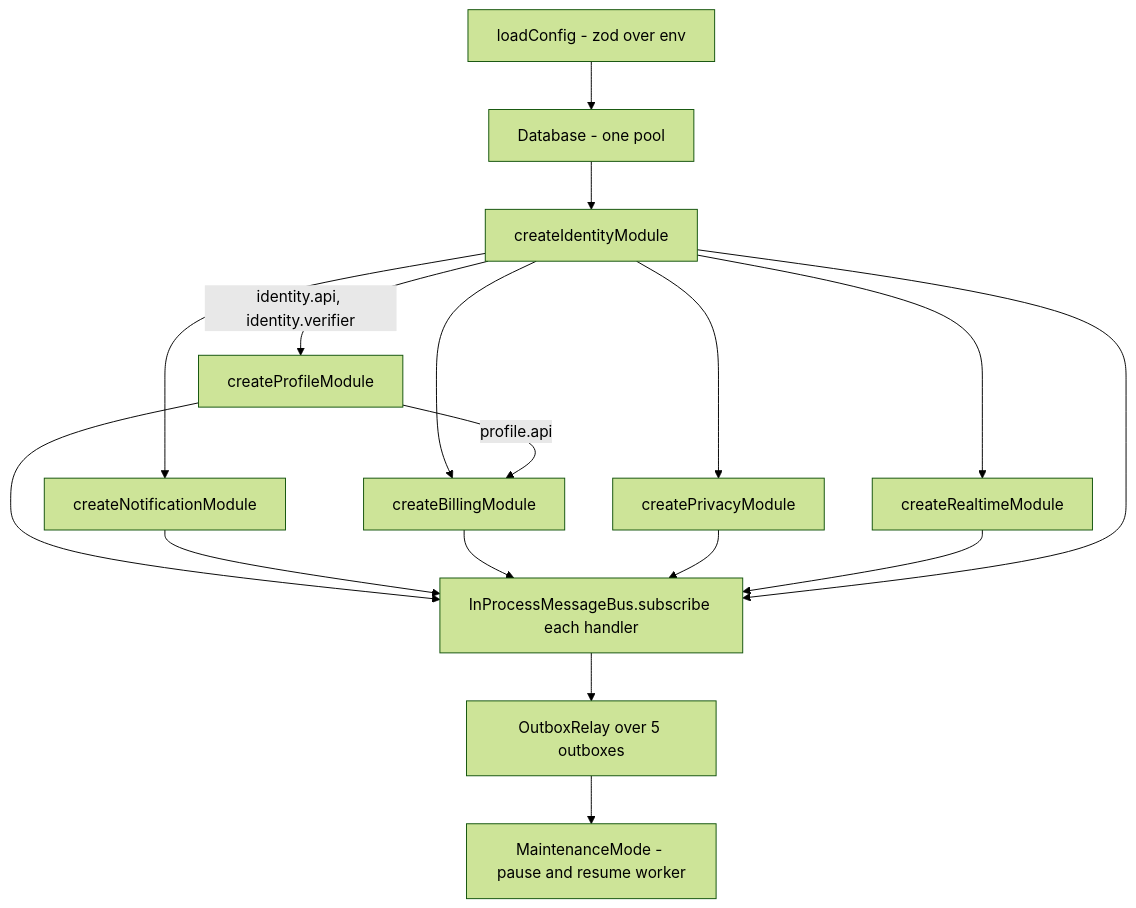
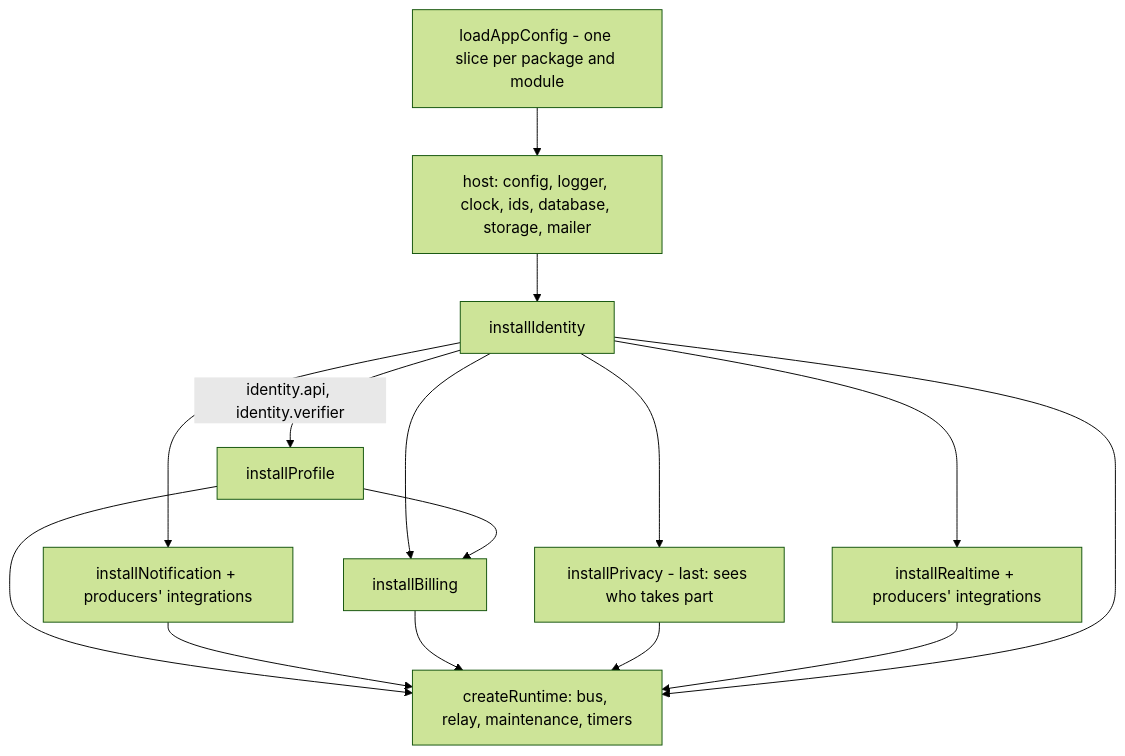
Before and after one commit to ninggiangboy/elysia-architecture: the third of 5 diagrams in docs/architecture/01-modules-and-boundaries.md, drawn with Mermaid (forest theme). The commit also changed other lines of this file and 72 other files, not shown here.

First line of the commit message:
docs: package READMEs with generated config tables, guides, ADRs, architecture pages follow the new layout

````diff
--- a/docs/architecture/01-modules-and-boundaries.md
+++ b/docs/architecture/01-modules-and-boundaries.md
@@ -55,14 +99,11 @@
 ```mermaid
 flowchart TD
-  cfg[loadConfig - zod over env] --> db[Database - one pool]
-  db --> identity[createIdentityModule]
-  identity -- "identity.api, identity.verifier" --> profile[createProfileModule]
-  identity --> notification[createNotificationModule]
-  identity --> billing[createBillingModule]
-  profile -- "profile.api" --> billing
-  identity --> privacy[createPrivacyModule]
-  identity --> realtime[createRealtimeModule]
-  profile & notification & billing & privacy & realtime & identity --> bus[InProcessMessageBus.subscribe each handler]
-  bus --> relay[OutboxRelay over 5 outboxes]
-  relay --> mm[MaintenanceMode - pause and resume worker]
+  cfg[loadAppConfig - one slice per package and module] --> host[host: config, logger, clock, ids, database, storage, mailer]
+  host --> identity[installIdentity]
+  identity -- "identity.api, identity.verifier" --> profile[installProfile]
+  identity --> notification[installNotification + producers' integrations]
+  identity & profile --> billing[installBilling]
+  identity --> realtime[installRealtime + producers' integrations]
+  identity --> privacy[installPrivacy - last: sees who takes part]
+  profile & notification & billing & privacy & realtime & identity --> runtime[createRuntime: bus, relay, maintenance, timers]
 ```
````
